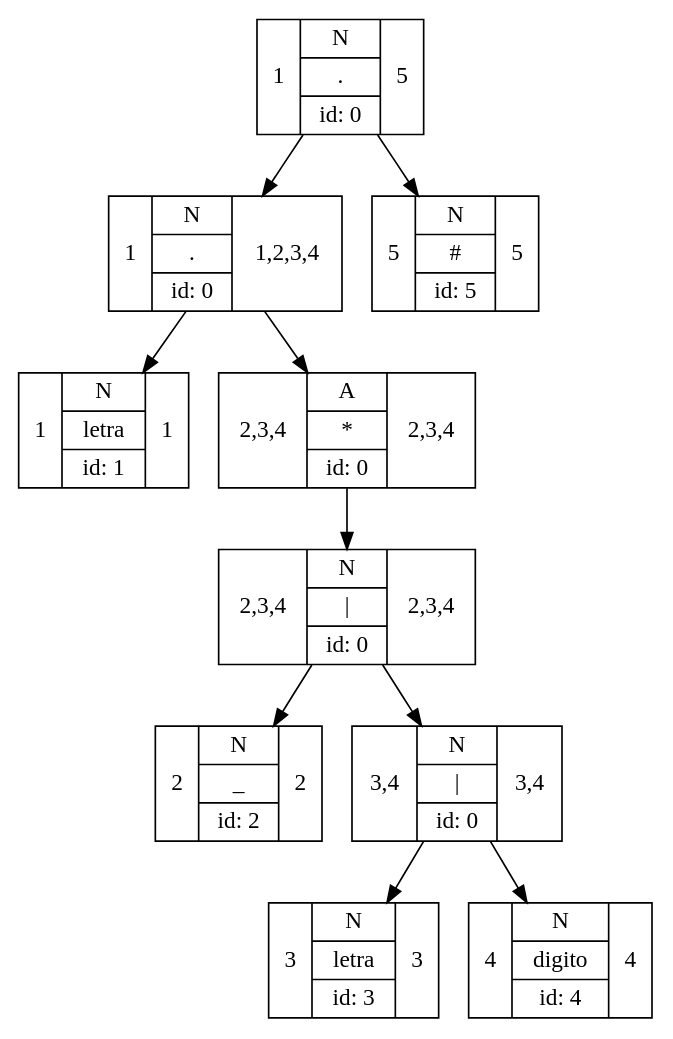
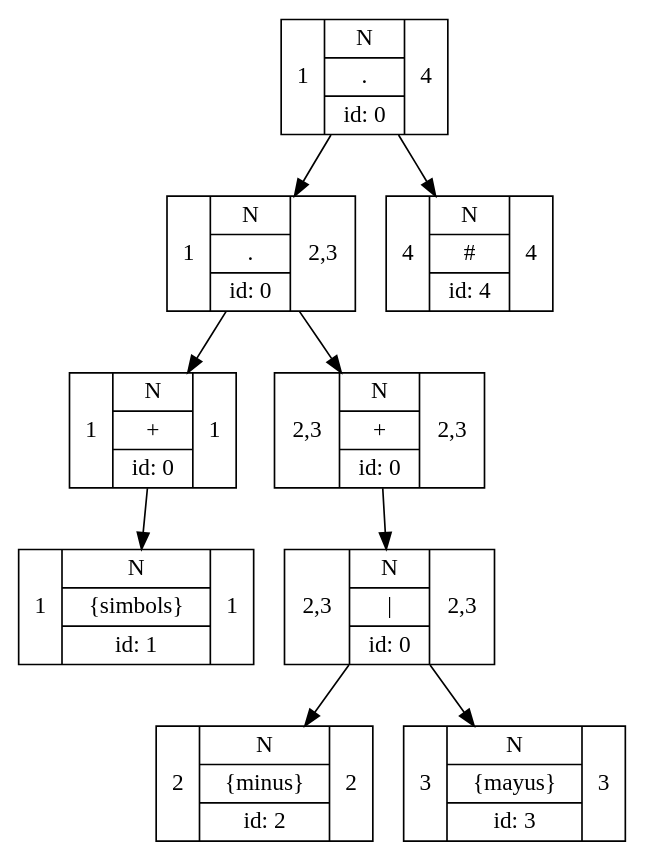
The diagram in ExpresionRegular0.dot (GAQF202/OLC1-PROYECTO1-201904157), drawn with Graphviz before and after one commit. The commit also changed 29 other files, not shown here.

```diff
--- a/ExpresionRegular0.dot
+++ b/ExpresionRegular0.dot
@@ -1,25 +1,23 @@
 digraph G{
 rankdir=UD
 node[shape=record]
 concentrate=true
-nodo0[label="1|{N|.|id: 0}|{5}"];
-nodo8[label="1|{N|.|id: 0}|{1,2,3,4}"];
-nodo1[label="1|{N|{letra}|id: 1}|{1}"];
-nodo8->nodo1;
-nodo7[label="2,3,4|{A|*|id: 0}|{2,3,4}"];
-nodo6[label="2,3,4|{N|\||id: 0}|{2,3,4}"];
-nodo2[label="2|{N|_|id: 2}|{2}"];
-nodo6->nodo2;
-nodo5[label="3,4|{N|\||id: 0}|{3,4}"];
-nodo3[label="3|{N|{letra}|id: 3}|{3}"];
+nodo0[label="1|{N|.|id: 0}|{4}"];
+nodo7[label="1|{N|.|id: 0}|{2,3}"];
+nodo2[label="1|{N|+|id: 0}|{1}"];
+nodo1[label="1|{N|\{simbols\}|id: 1}|{1}"];
+nodo2->nodo1;
+nodo7->nodo2;
+nodo6[label="2,3|{N|+|id: 0}|{2,3}"];
+nodo5[label="2,3|{N|\||id: 0}|{2,3}"];
+nodo3[label="2|{N|\{minus\}|id: 2}|{2}"];
 nodo5->nodo3;
-nodo4[label="4|{N|{digito}|id: 4}|{4}"];
+nodo4[label="3|{N|\{mayus\}|id: 3}|{3}"];
 nodo5->nodo4;
 nodo6->nodo5;
 nodo7->nodo6;
-nodo8->nodo7;
+nodo0->nodo7;
+nodo8[label="4|{N|#|id: 4}|{4}"];
 nodo0->nodo8;
-nodo9[label="5|{N|#|id: 5}|{5}"];
-nodo0->nodo9;
 
 }
```
